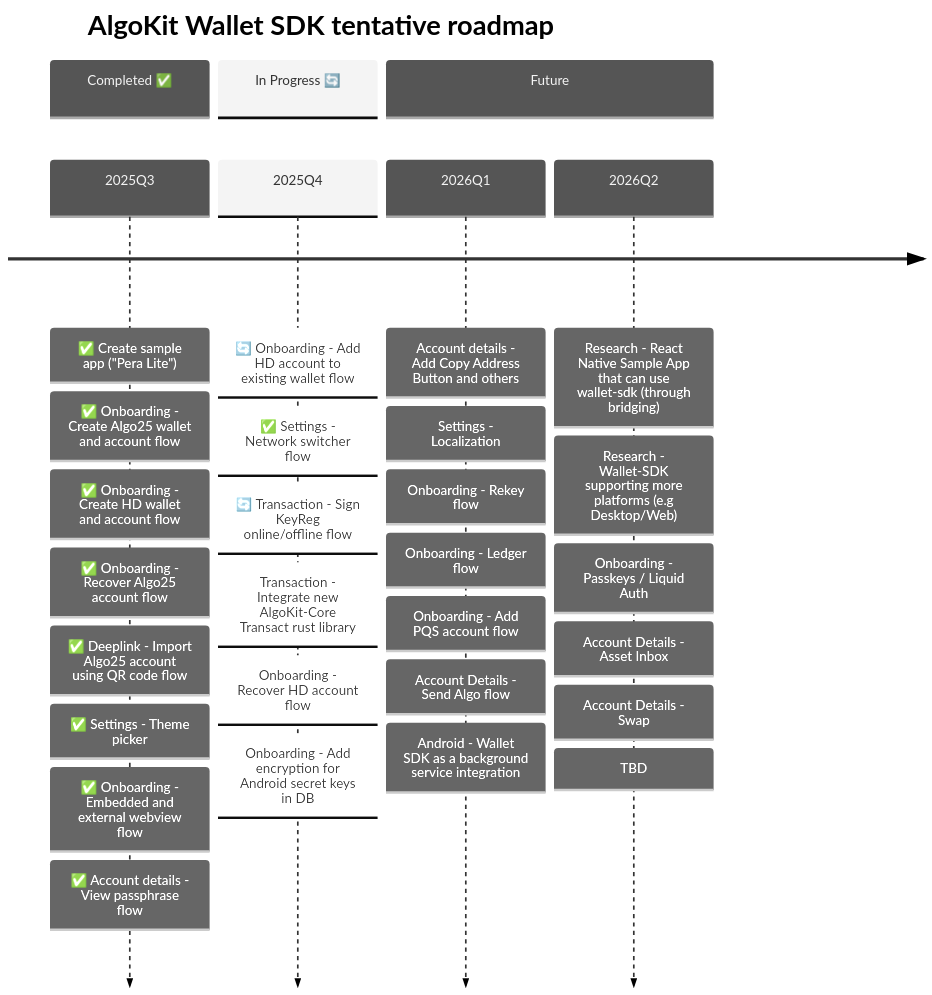
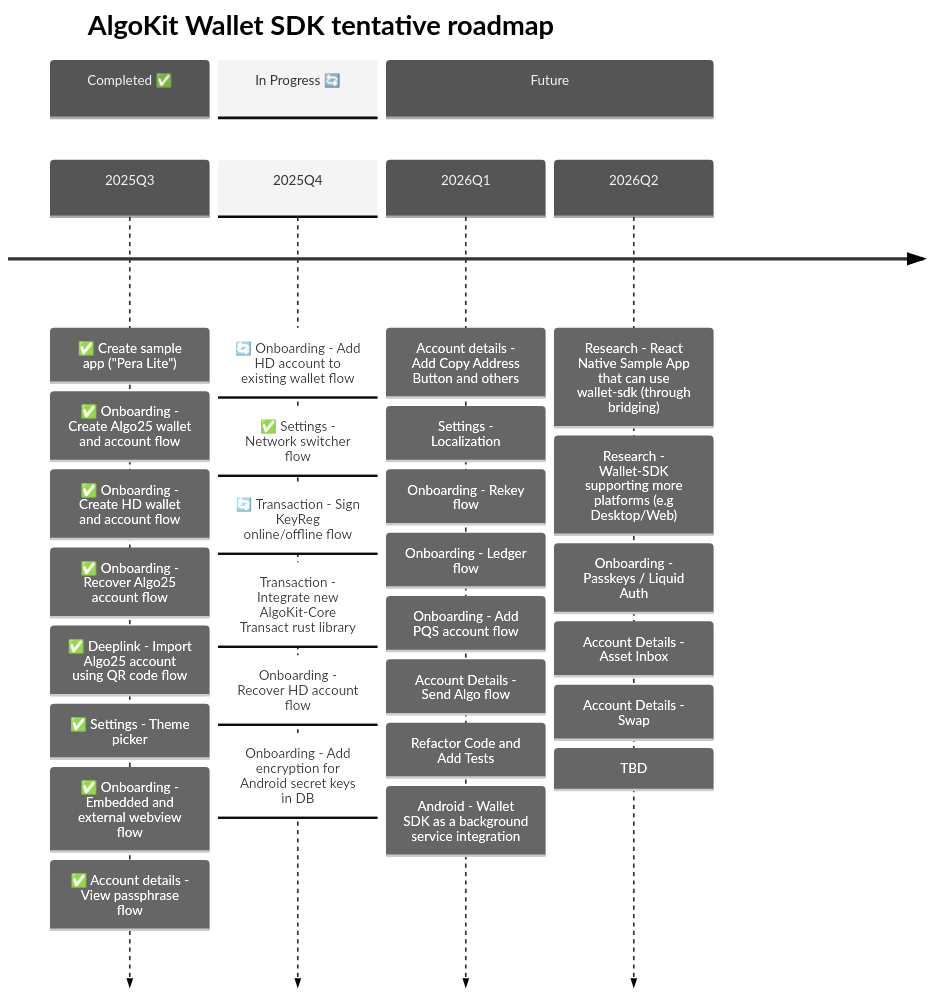
The second of 3 diagrams in README.md (michaeltchuang/algokit-walletsdk-kmp), drawn with Mermaid before and after one commit. The commit also changed other lines of this file and 54 other files, not shown here.

````diff
--- a/README.md
+++ b/README.md
@@ -47,41 +47,42 @@
 ```mermaid
 ---
 config:
   theme: 'neutral'
 ---
 timeline
     title AlgoKit Wallet SDK tentative roadmap
 
     section Completed ✅
     2025Q3  : ✅ Create sample app ("Pera Lite")
             : ✅ Onboarding - Create Algo25 wallet and account flow
             : ✅ Onboarding - Create HD wallet and account flow
             : ✅ Onboarding - Recover Algo25 account flow
             : ✅ Deeplink - Import Algo25 account using QR code flow
             : ✅ Settings - Theme picker
             : ✅ Onboarding - Embedded and external webview flow
             : ✅ Account details - View passphrase flow
 
     section In Progress 🔄
     2025Q4  : 🔄 Onboarding - Add HD account to existing wallet flow
             : ✅ Settings - Network switcher flow
             : 🔄 Transaction - Sign KeyReg online/offline flow
             : Transaction - Integrate new AlgoKit-Core Transact rust library
             : Onboarding - Recover HD account flow
             : Onboarding - Add encryption for Android secret keys in DB
 
     section Future
     2026Q1  : Account details - Add Copy Address Button and others
             : Settings - Localization
             : Onboarding - Rekey flow
             : Onboarding - Ledger flow
             : Onboarding - Add PQS account flow
             : Account Details - Send Algo flow
-            : Android - Wallet SDK as a background service integration  
+            : Refactor Code and Add Tests
+            : Android - Wallet SDK as a background service integration
     2026Q2  : Research - React Native Sample App that can use wallet-sdk (through bridging)
             : Research - Wallet-SDK supporting more platforms (e.g Desktop/Web)
             : Onboarding - Passkeys / Liquid Auth
             : Account Details - Asset Inbox
             : Account Details - Swap
             : TBD
 ```
````
